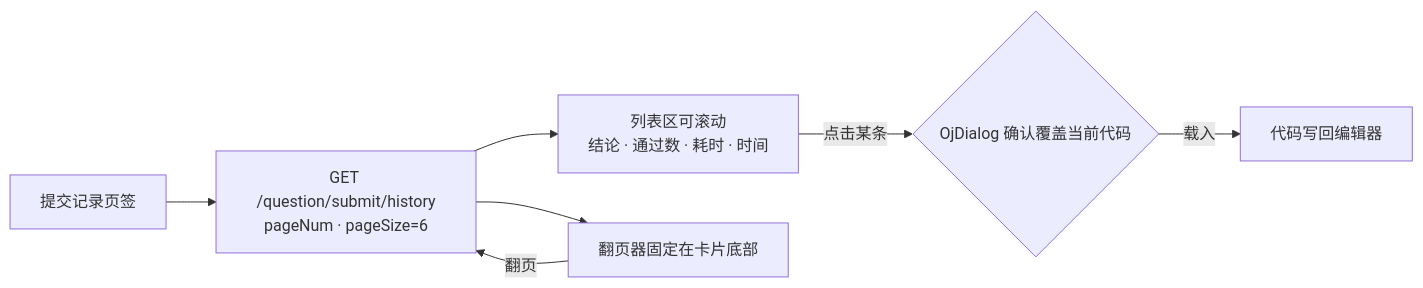
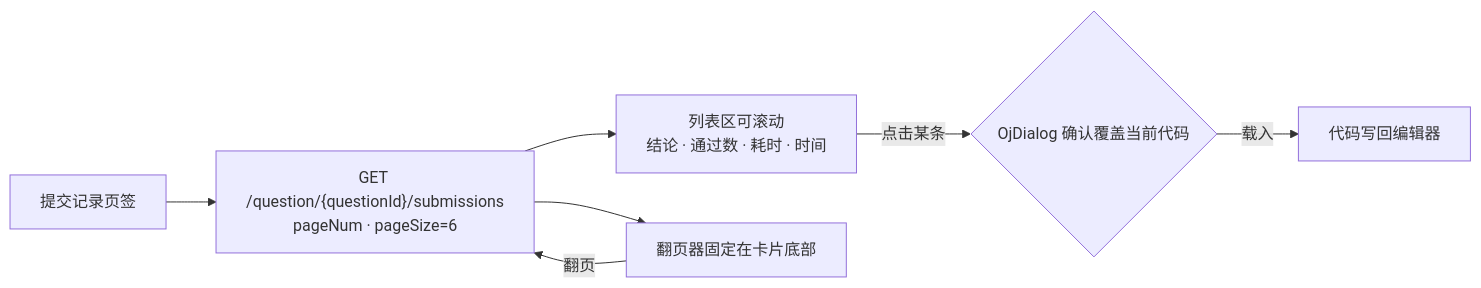
Before and after one commit to pluchon/online_oj_vue: diagram 13 of 14 in README.md, drawn with Mermaid. The commit also changed other lines of this file and 14 other files, not shown here.

````diff
--- a/README.md
+++ b/README.md
@@ -355,9 +378,9 @@
 ```mermaid
 flowchart LR
-    Tab["提交记录页签"] --> Load["GET /question/submit/history<br/>pageNum · pageSize=6"]
+    Tab["提交记录页签"] --> Load["GET /question/{questionId}/submissions<br/>pageNum · pageSize=6"]
     Load --> List["列表区可滚动<br/>结论 · 通过数 · 耗时 · 时间"]
     Load --> Pager["翻页器固定在卡片底部"]
     Pager --"翻页"--> Load
     List --"点击某条"--> Confirm{"OjDialog 确认覆盖当前代码"}
     Confirm --"载入"--> Editor["代码写回编辑器"]
 ```
````
